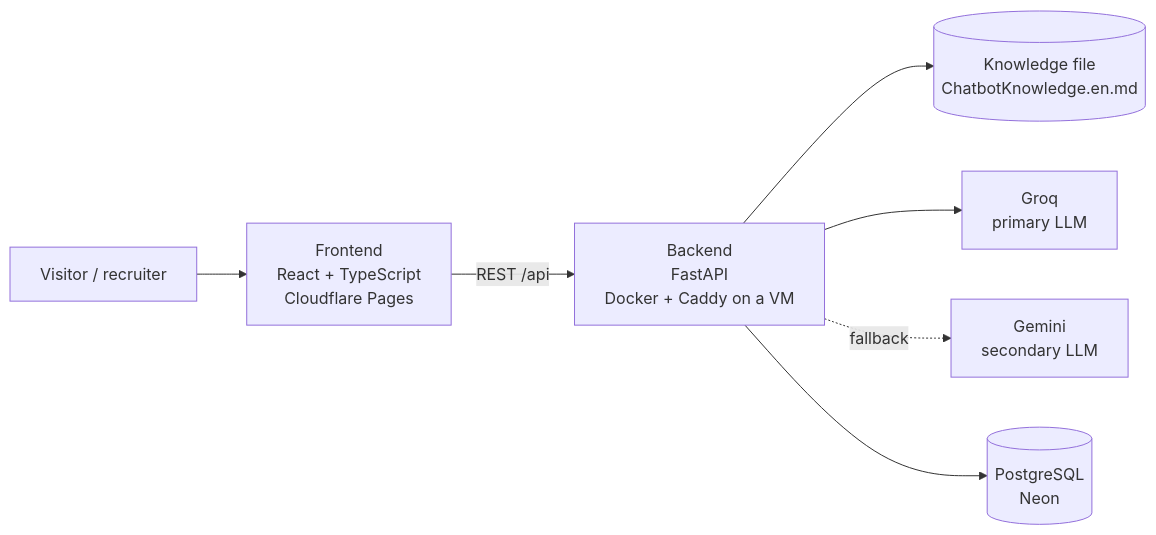
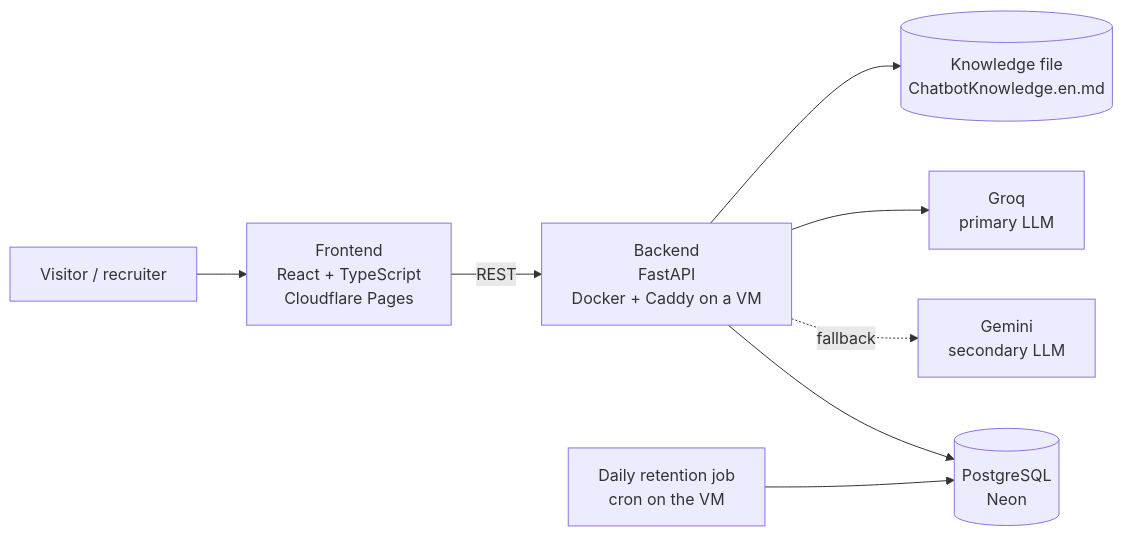
Before and after one commit to Joalregra/developer-portfolio: the diagram in docs/architecture.md, drawn with Mermaid. The commit also changed other lines of this file and 3 other files, not shown here.

Commit message:
docs: add backend section and document feedback, retention and evals

````diff
--- a/docs/architecture.md
+++ b/docs/architecture.md
@@ -3,9 +3,10 @@
 ```mermaid
 flowchart LR
   V[Visitor / recruiter] --> F[Frontend<br/>React + TypeScript<br/>Cloudflare Pages]
-  F -->|REST /api| B[Backend<br/>FastAPI<br/>Docker + Caddy on a VM]
+  F -->|REST| B[Backend<br/>FastAPI<br/>Docker + Caddy on a VM]
   B --> K[(Knowledge file<br/>ChatbotKnowledge.en.md)]
   B --> L1[Groq<br/>primary LLM]
   B -.fallback.-> L2[Gemini<br/>secondary LLM]
   B --> D[(PostgreSQL<br/>Neon)]
+  J[Daily retention job<br/>cron on the VM] --> D
 ```
````
